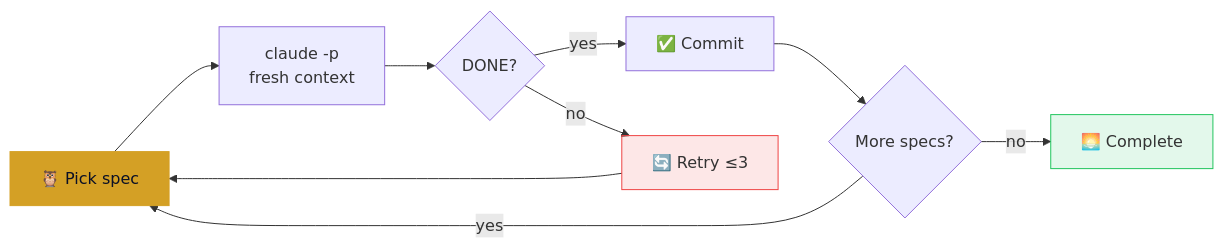
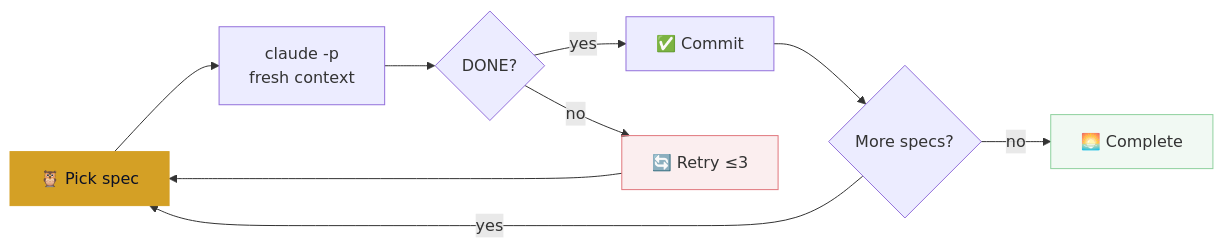
One commit to caoergou/owloop changed the diagram in README.md. Above: the diagram before and after it, drawn with Mermaid. The commit also changed other lines of this file and 1 other file, not shown here.

````diff
--- a/README.md
+++ b/README.md
@@ -66,13 +68,13 @@
 ```mermaid
 graph LR
     A["🦉 Pick spec"] --> B["claude -p<br/>fresh context"]
     B --> C{"DONE?"}
     C -- yes --> D["✅ Commit"] --> E{"More specs?"}
     C -- no --> R["🔄 Retry ≤3"] --> A
     E -- yes --> A
     E -- no --> F["🌅 Complete"]
 
     style A fill:#d4a025,color:#0b1026,stroke:#d4a025
-    style F fill:#22c55e20,stroke:#22c55e
-    style R fill:#ef444420,stroke:#ef4444
+    style F fill:#8fd19e20,stroke:#8fd19e
+    style R fill:#e0777d20,stroke:#e0777d
 ```
````
